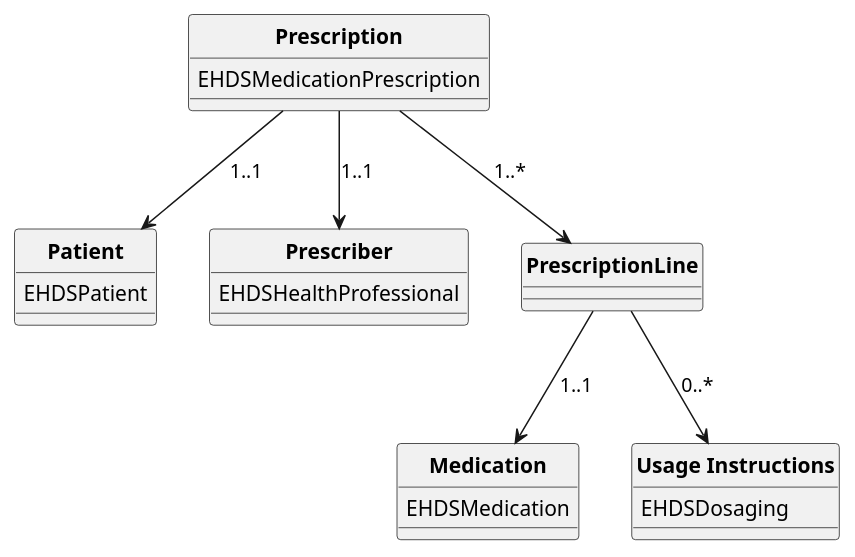
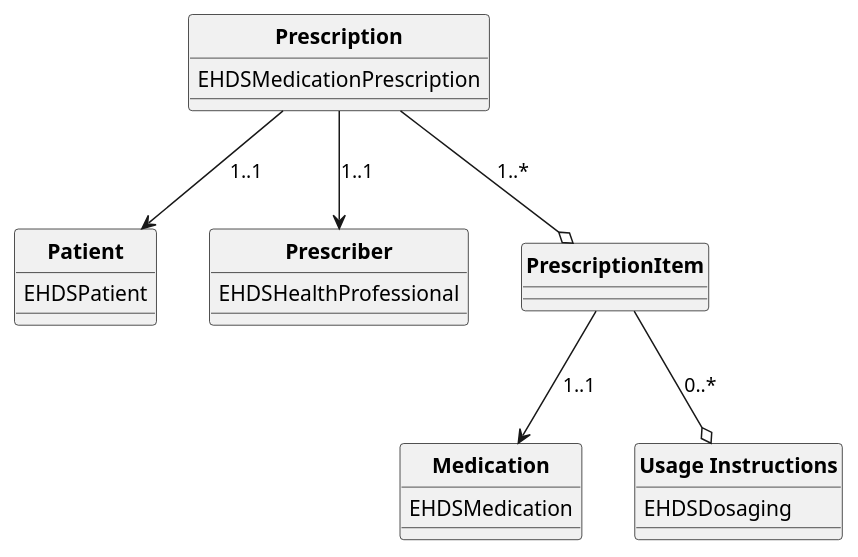
Before and after one commit to Xt-EHR/xt-ehr-common: the diagram in input/images-source/prescription.plantuml, drawn with PlantUML.

Commit message:
changed from line to item, aggregation arrows

```diff
--- a/input/images-source/prescription.plantuml
+++ b/input/images-source/prescription.plantuml
@@ -1,41 +1,41 @@
 @startuml
 skinparam linetype polyline
 hide circle
 hide stereotype
 
 
 class "**Prescription**" as eP{
   EHDSMedicationPrescription 
 }
 
 eP --> Patient: "1..1"
 eP --> Prescriber: "1..1"
-eP --> Line: "1..*"
+eP --o Item: "1..*"
 
 class "**Prescriber**" as Prescriber{
   EHDSHealthProfessional   
   
 }
 
 class "**Patient**" as Patient{
   EHDSPatient   
 
 }
 
-class "**PrescriptionLine**" as Line{ 
+class "**PrescriptionItem**" as Item{ 
 }
 
-Line --> Medication: "1..1"
-Line --> Dosage: "0..*"
+Item --> Medication: "1..1"
+Item --o Dosage: "0..*"
 
 
 class "**Usage Instructions**" as Dosage{
   EHDSDosaging   
  
 }
 
 class "**Medication**" as Medication{
   EHDSMedication
  
 }
 @enduml
```
